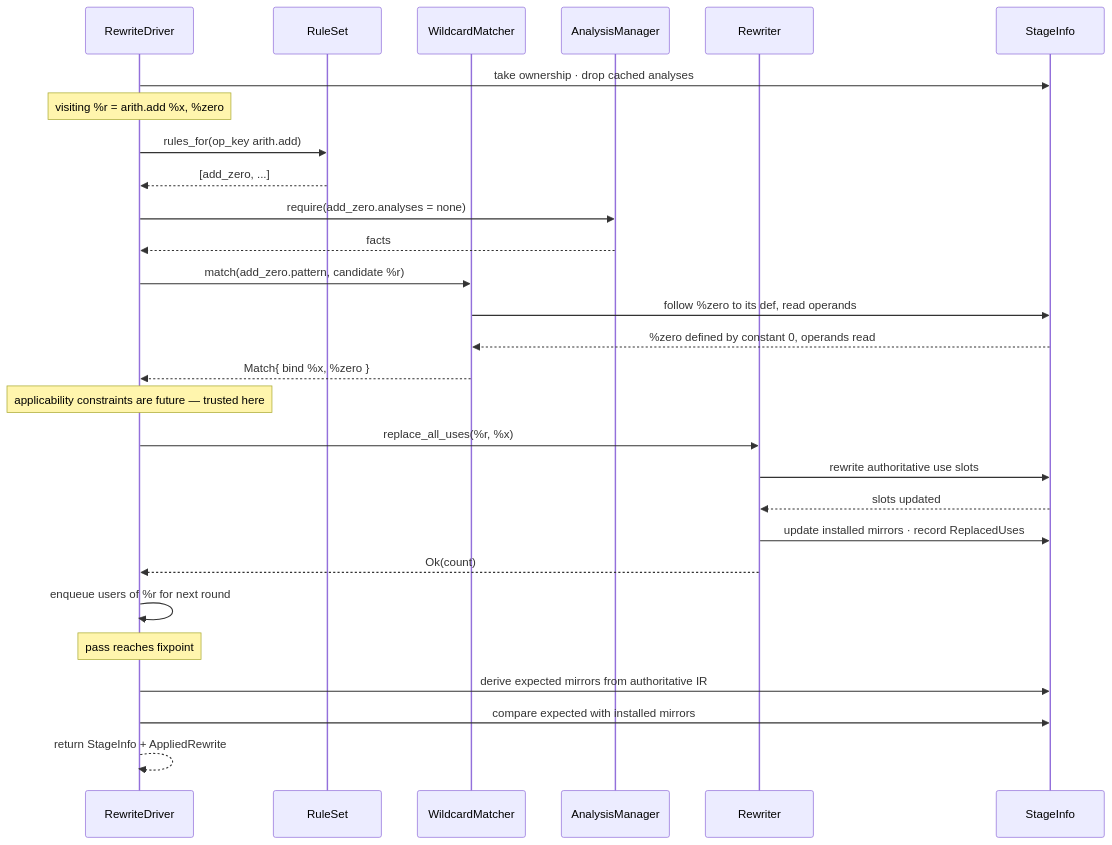
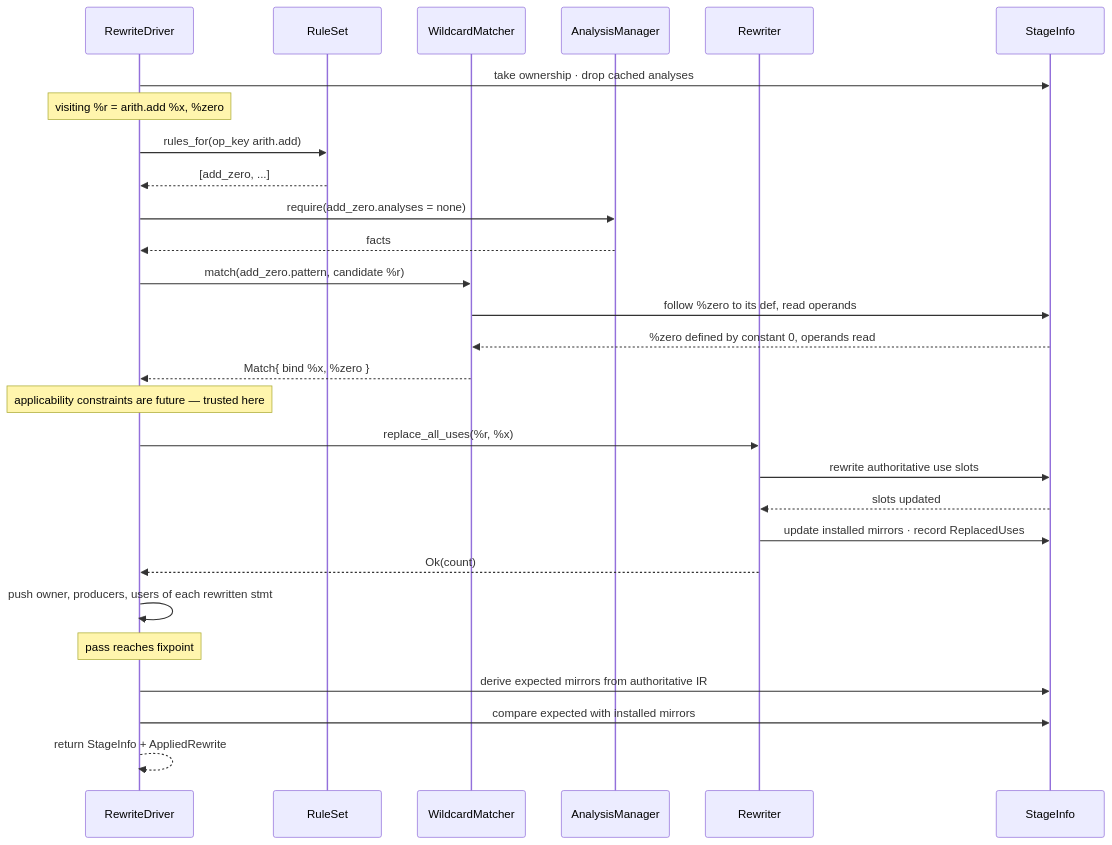
One commit to QuEraComputing/kirin changed the third of 3 diagrams in docs/design/rewrite-engine.md. Above: the diagram before and after it, drawn with Mermaid. The commit also changed other lines of this file, not shown here.

Commit message:
docs(rewrite): replace RewritePlan with the worklist driver's flow

````diff
--- a/docs/design/rewrite-engine.md
+++ b/docs/design/rewrite-engine.md
@@ -211,30 +211,30 @@
 ```mermaid
 sequenceDiagram
   participant D as RewriteDriver
   participant RS as RuleSet
   participant M as WildcardMatcher
   participant AM as AnalysisManager
   participant RW as Rewriter
   participant IR as StageInfo
   D->>IR: take ownership · drop cached analyses
   Note over D: visiting %r = arith.add %x, %zero
   D->>RS: rules_for(op_key arith.add)
   RS-->>D: [add_zero, ...]
   D->>AM: require(add_zero.analyses = none)
   AM-->>D: facts
   D->>M: match(add_zero.pattern, candidate %r)
   M->>IR: follow %zero to its def, read operands
   IR-->>M: %zero defined by constant 0, operands read
   M-->>D: Match{ bind %x, %zero }
   Note over D: applicability constraints are future — trusted here
   D->>RW: replace_all_uses(%r, %x)
   RW->>IR: rewrite authoritative use slots
   IR-->>RW: slots updated
   RW->>IR: update installed mirrors · record ReplacedUses
   RW-->>D: Ok(count)
-  D->>D: enqueue users of %r for next round
+  D->>D: push owner, producers, users of each rewritten stmt
   Note over D: pass reaches fixpoint
   D->>IR: derive expected mirrors from authoritative IR
   D->>IR: compare expected with installed mirrors
   D-->>D: return StageInfo + AppliedRewrite
 ```
````
